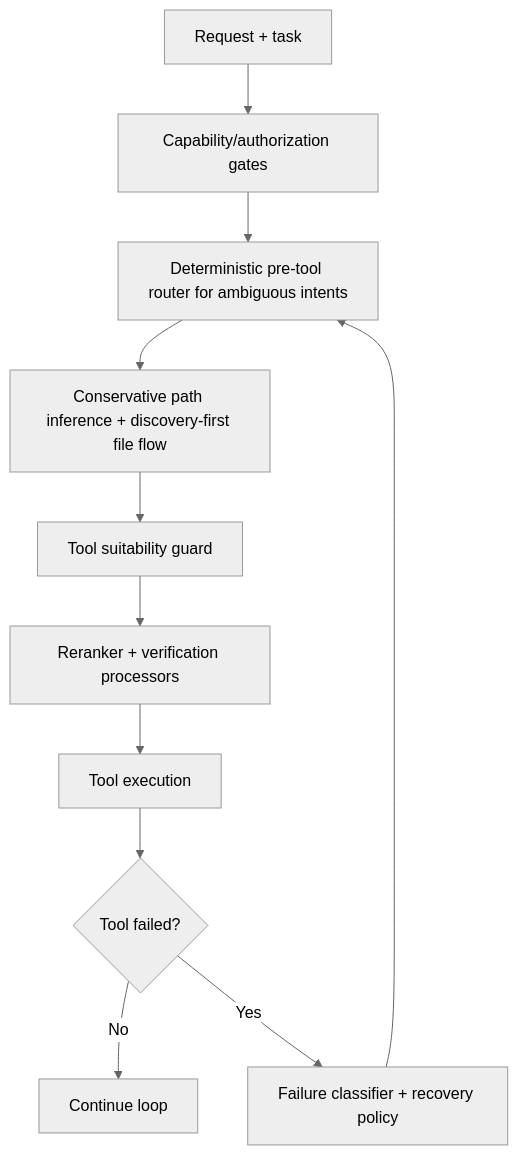
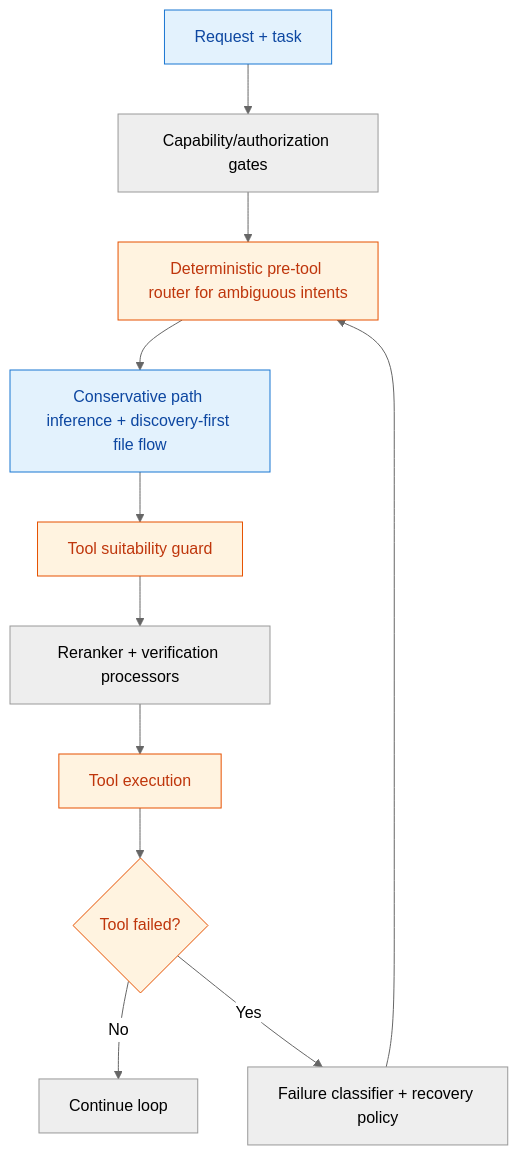
The diagram in docs/theory/tool-selection-strategy-plan.md (Guebbit/AI-coding-assistant), drawn with Mermaid (neutral theme) before and after one commit. The commit also changed 54 other files, not shown here.

First line of the commit message:
docs: add mermaid diagrams to quickstart & ollama-notes, color-code all flowcharts

````diff
--- a/docs/theory/tool-selection-strategy-plan.md
+++ b/docs/theory/tool-selection-strategy-plan.md
@@ -19,13 +19,19 @@
 ```mermaid
 flowchart TD
     A[Request + task] --> B[Capability/authorization gates]
     B --> C[Deterministic pre-tool router for ambiguous intents]
     C --> D[Conservative path inference + discovery-first file flow]
     D --> E[Tool suitability guard]
     E --> F[Reranker + verification processors]
     F --> G[Tool execution]
     G --> H{Tool failed?}
     H -->|No| I[Continue loop]
     H -->|Yes| J[Failure classifier + recovery policy]
     J --> C
+    style A fill:#e3f2fd,stroke:#1976d2,color:#0d47a1
+    style C fill:#fff3e0,stroke:#e65100,color:#bf360c
+    style D fill:#e3f2fd,stroke:#1976d2,color:#0d47a1
+    style E fill:#fff3e0,stroke:#e65100,color:#bf360c
+    style G fill:#fff3e0,stroke:#e65100,color:#bf360c
+    style H fill:#fff3e0,stroke:#e65100,color:#bf360c
 ```
````
